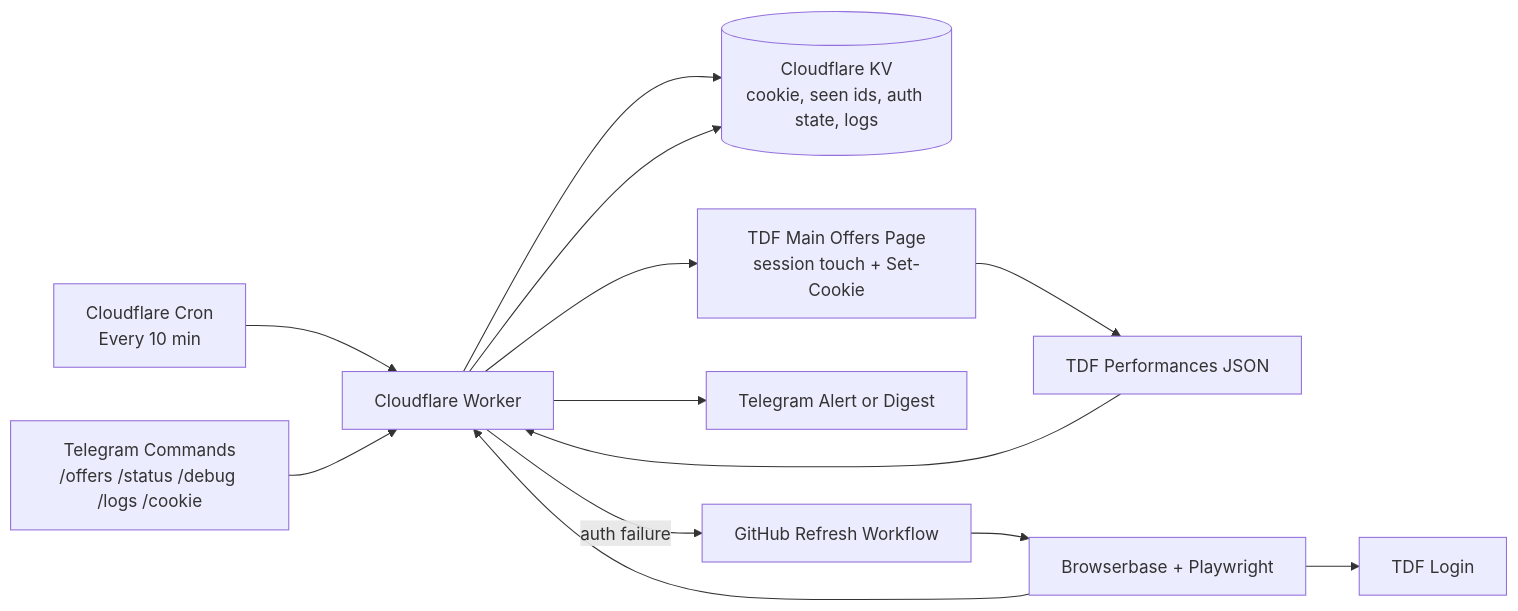
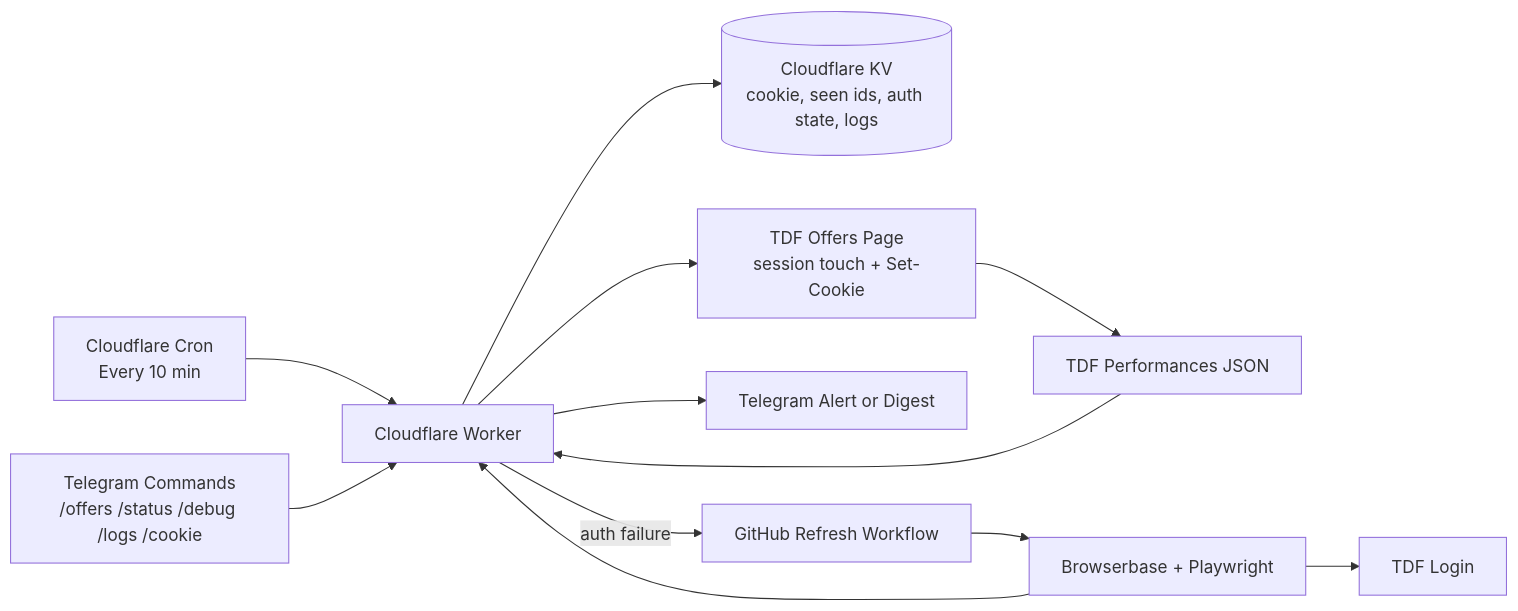
Before and after one commit to salmanrazzaq-94/tdf-offer-alerts: the diagram in README.md, drawn with Mermaid. The commit also changed other lines of this file and 4 other files, not shown here.

Commit message:
Polish GitHub landing docs

````diff
--- a/README.md
+++ b/README.md
@@ -53,15 +31,14 @@
 ```mermaid
 flowchart LR
-  C[Cloudflare Cron<br/>Every 10 min] --> W[Cloudflare Worker]
-  T[Telegram Commands<br/>/offers /status /debug /logs /cookie] --> W
-  W --> KV[(Cloudflare KV<br/>cookie, seen ids, auth state, logs)]
-  W --> P[TDF Main Offers Page<br/>session touch + Set-Cookie]
-  P --> J[TDF Performances JSON]
-  J --> W
-  W --> TG[Telegram Alert or Digest]
-  W -- auth failure --> GH[GitHub Refresh Workflow]
-  GH --> BB[Browserbase + Playwright]
-  BB --> LOGIN[TDF Login]
-  BB --> W
-  W --> KV
+  Cron["Cloudflare Cron<br/>Every 10 min"] --> Worker["Cloudflare Worker"]
+  Telegram["Telegram Commands<br/>/offers /status /debug /logs /cookie"] --> Worker
+  Worker --> KV[("Cloudflare KV<br/>cookie, seen ids, auth state, logs")]
+  Worker --> TDFPage["TDF Offers Page<br/>session touch + Set-Cookie"]
+  TDFPage --> TDFJson["TDF Performances JSON"]
+  TDFJson --> Worker
+  Worker --> Alerts["Telegram Alert or Digest"]
+  Worker -- "auth failure" --> GitHub["GitHub Refresh Workflow"]
+  GitHub --> Browserbase["Browserbase + Playwright"]
+  Browserbase --> Login["TDF Login"]
+  Browserbase --> Worker
 ```
````
